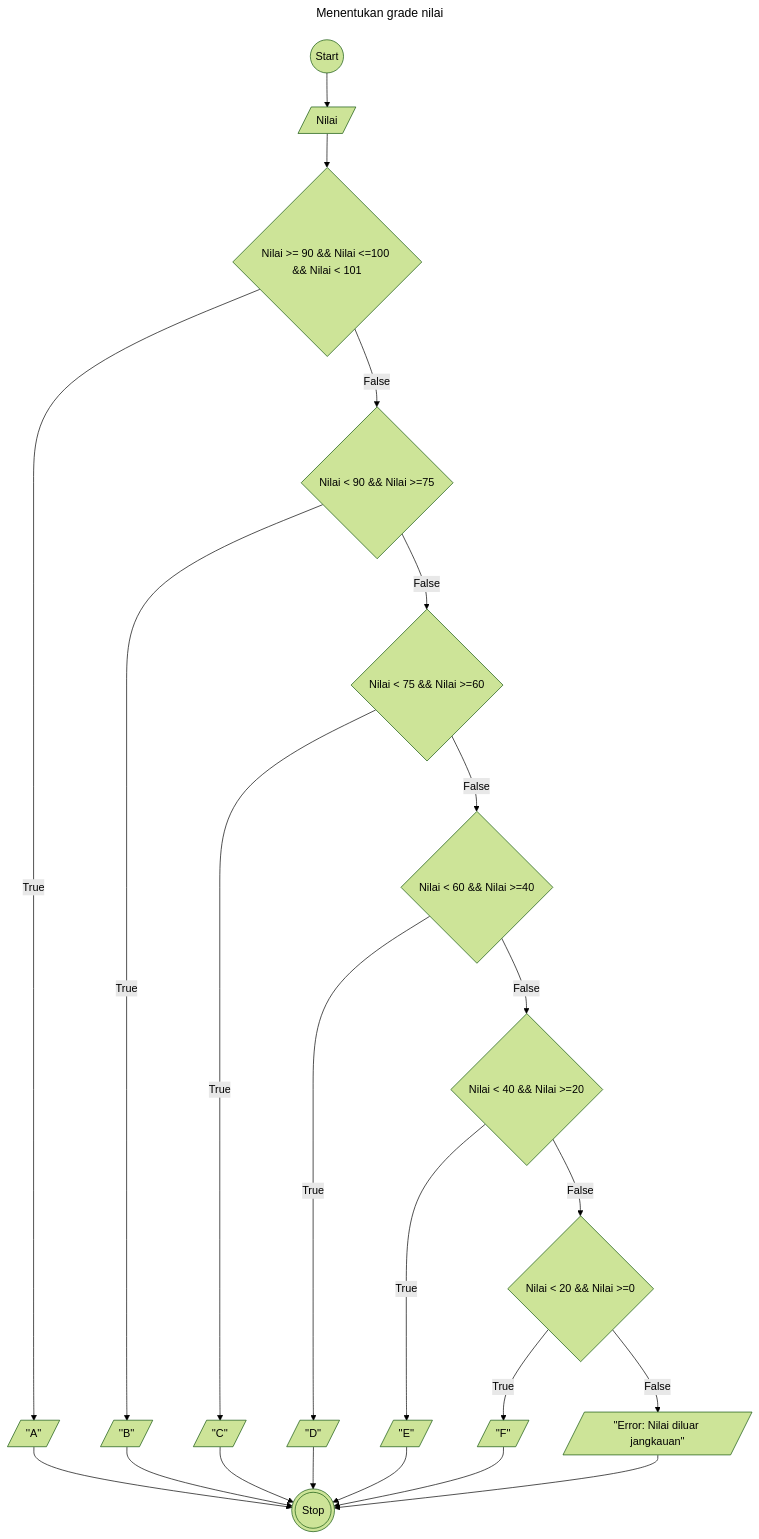
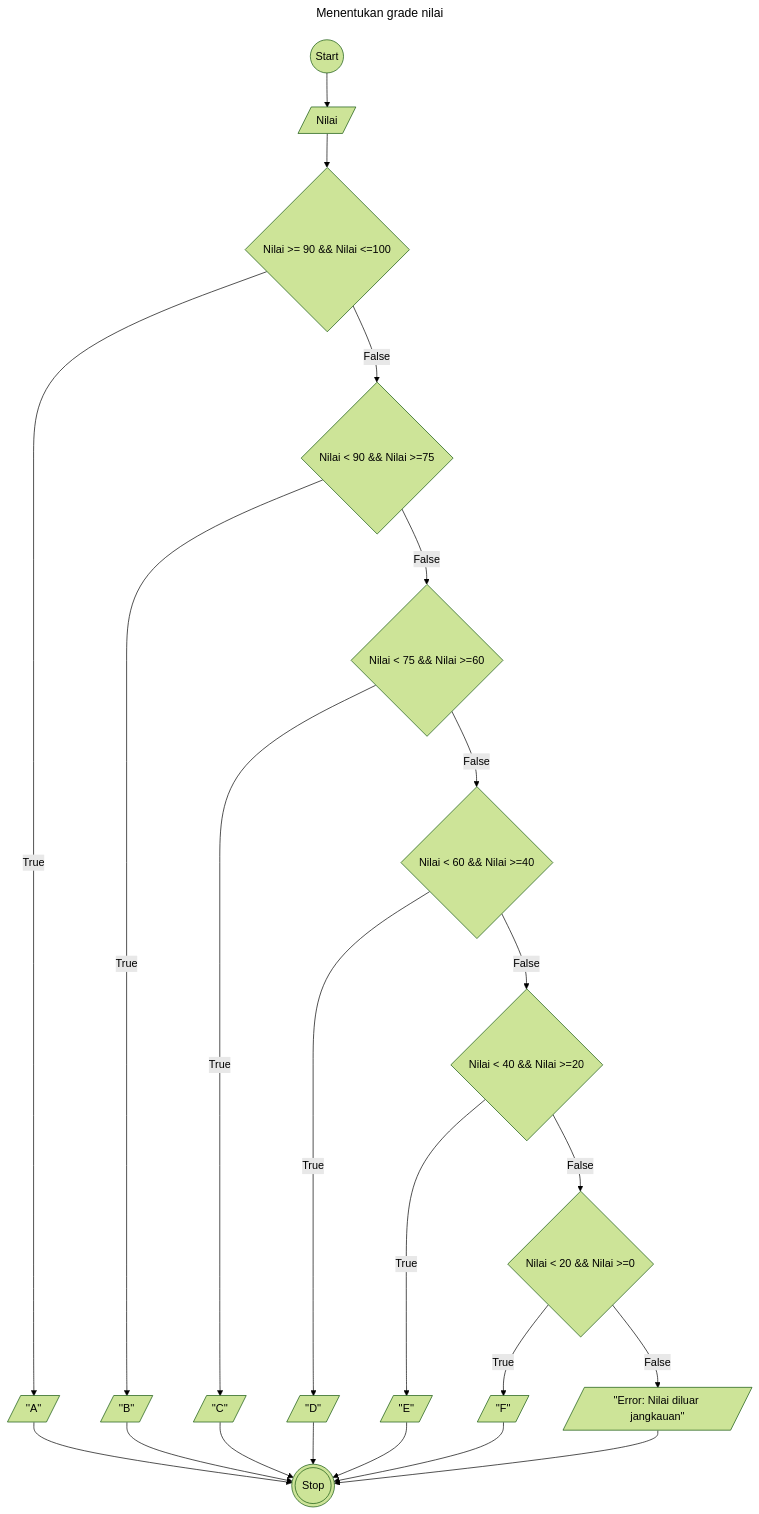
Before and after one commit to ItsnaMaulanaHasan/koda-b4-algoritma: the diagram in minitask9-flowchart.md, drawn with Mermaid (forest theme).

````diff
--- a/minitask9-flowchart.md
+++ b/minitask9-flowchart.md
@@ -3,31 +3,31 @@
 ```mermaid
 ---
     title: Menentukan grade nilai
 ---
 flowchart TD
     id1((Start))
     id2[/Nilai/]
     id1 --> id2
-    id3{Nilai >= 90 && Nilai <=100 && Nilai < 101}
+    id3{Nilai >= 90 && Nilai <=100}
     id4{Nilai < 90 && Nilai >=75}
     id5{Nilai < 75 && Nilai >=60}
     id6{Nilai < 60 && Nilai >=40}
     id7{Nilai < 40 && Nilai >=20}
     id8{Nilai < 20 && Nilai >=0}
     id2 --> id3
     id3 -- False --> id4
     id4 -- False --> id5
     id5 -- False --> id6
     id6 -- False --> id7
     id7 -- False --> id8
     id8 -- False --> id9[/''Error: Nilai diluar jangkauan''/]
     id3 -- True --> id10[/''A''/] --> id16
     id4 -- True --> id11[/''B''/] --> id16
     id5 -- True --> id12[/''C''/] --> id16
     id6 -- True --> id13[/''D''/] --> id16
     id7 -- True --> id14[/''E''/] --> id16
     id8 -- True --> id15[/''F''/] --> id16
     id9 --> id16
     id16(((Stop)))
     
 ```
````
